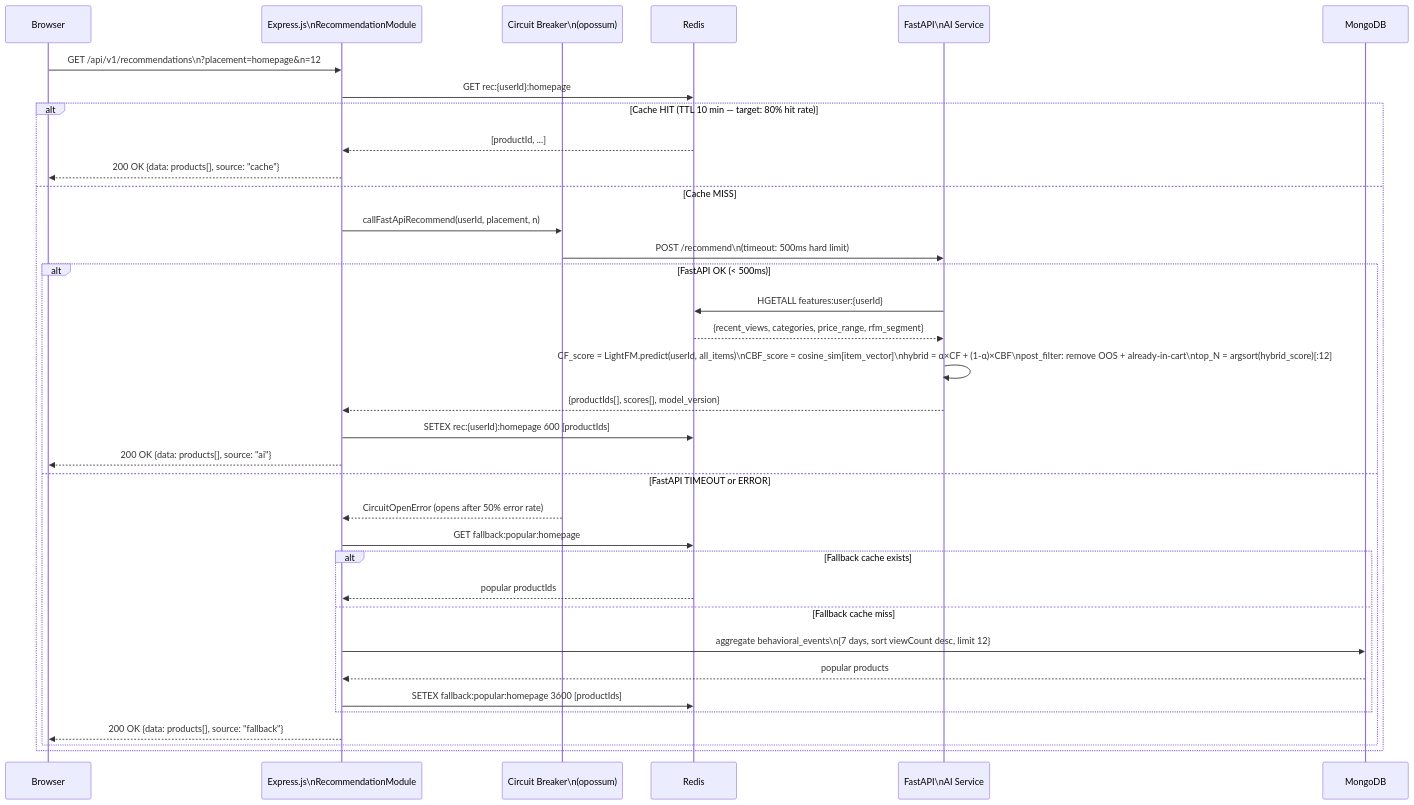
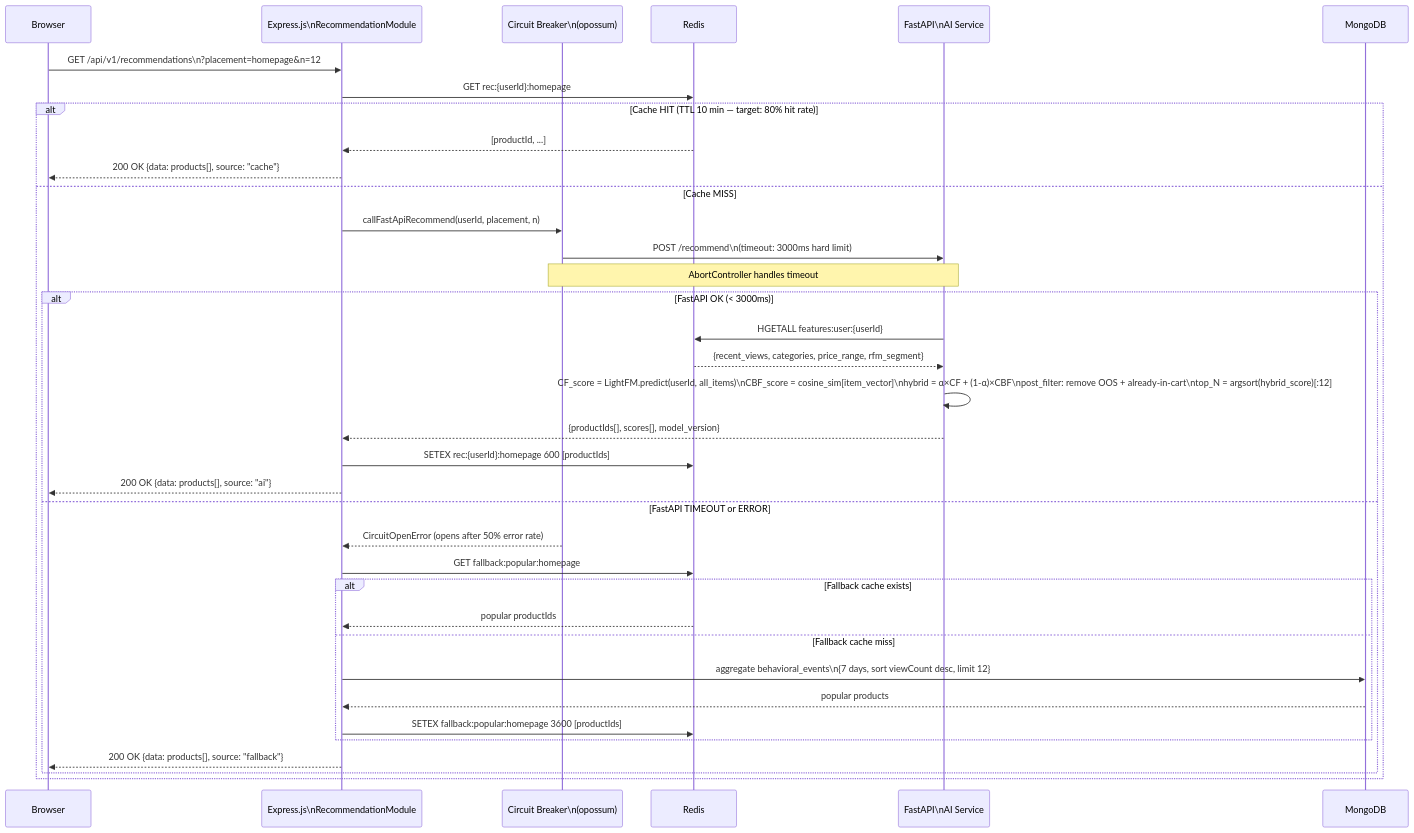
The fifth of 8 diagrams in docs/ARCHITECTURE.md (Neil-06-hub/SMART-ECOMMERCE-AI-SYSTEM-WORKFLOW-PUBLIC), drawn with Mermaid before and after one commit. The commit also changed other lines of this file and 33 other files, not shown here.

````diff
--- a/docs/ARCHITECTURE.md
+++ b/docs/ARCHITECTURE.md
@@ -357,42 +479,42 @@
 ```mermaid
 sequenceDiagram
     participant Browser
     participant Express.js as Express.js\nRecommendationModule
     participant Circuit as Circuit Breaker\n(opossum)
     participant Redis
     participant FastAPI as FastAPI\nAI Service
     participant MongoDB
 
     Browser->>Express.js: GET /api/v1/recommendations\n?placement=homepage&n=12
     Express.js->>Redis: GET rec:{userId}:homepage
 
     alt Cache HIT (TTL 10 min — target: 80% hit rate)
         Redis-->>Express.js: [productId, ...]
         Express.js-->>Browser: 200 OK {data: products[], source: "cache"}
 
     else Cache MISS
         Express.js->>Circuit: callFastApiRecommend(userId, placement, n)
-        Circuit->>FastAPI: POST /recommend\n(timeout: 500ms hard limit)
-
-        alt FastAPI OK (< 500ms)
+        Circuit->>FastAPI: POST /recommend\n(timeout: 3000ms hard limit)
+        Note over Circuit,FastAPI: AbortController handles timeout
+        alt FastAPI OK (< 3000ms)
             FastAPI->>Redis: HGETALL features:user:{userId}
             Redis-->>FastAPI: {recent_views, categories, price_range, rfm_segment}
             FastAPI->>FastAPI: CF_score = LightFM.predict(userId, all_items)\nCBF_score = cosine_sim[item_vector]\nhybrid = α×CF + (1-α)×CBF\npost_filter: remove OOS + already-in-cart\ntop_N = argsort(hybrid_score)[:12]
             FastAPI-->>Express.js: {productIds[], scores[], model_version}
             Express.js->>Redis: SETEX rec:{userId}:homepage 600 [productIds]
             Express.js-->>Browser: 200 OK {data: products[], source: "ai"}
 
         else FastAPI TIMEOUT or ERROR
             Circuit-->>Express.js: CircuitOpenError (opens after 50% error rate)
             Express.js->>Redis: GET fallback:popular:homepage
             alt Fallback cache exists
                 Redis-->>Express.js: popular productIds
             else Fallback cache miss
                 Express.js->>MongoDB: aggregate behavioral_events\n{7 days, sort viewCount desc, limit 12}
                 MongoDB-->>Express.js: popular products
                 Express.js->>Redis: SETEX fallback:popular:homepage 3600 [productIds]
             end
             Express.js-->>Browser: 200 OK {data: products[], source: "fallback"}
         end
     end
 ```
````
